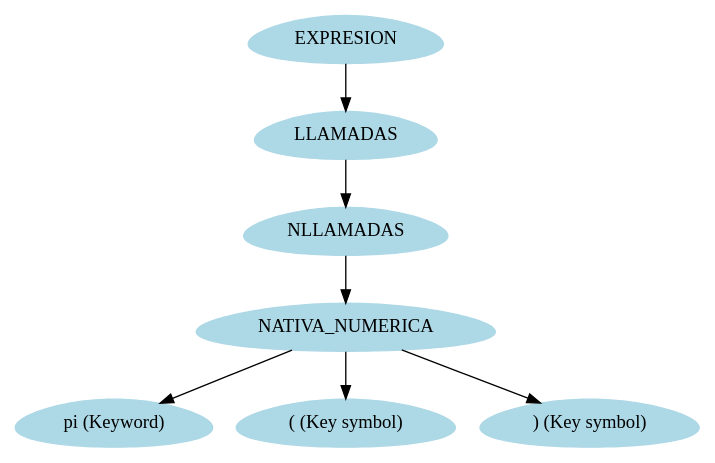
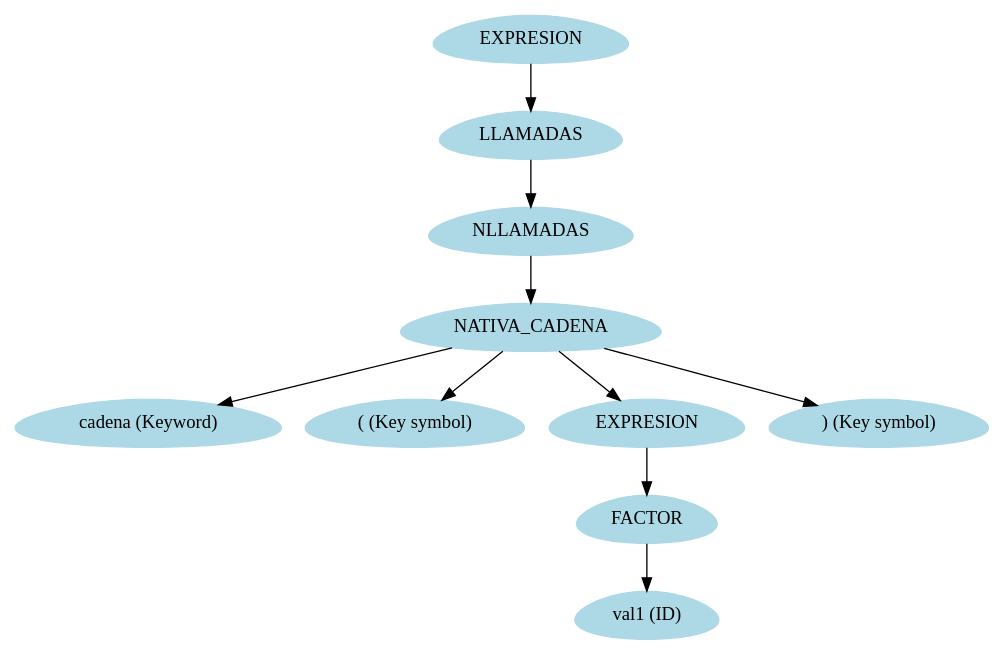
One commit to Losajhonny/CPPOLC2 changed the diagram in [OLC2]Proyecto1/Leng_1x_form/Xform/Xform/bin/Debug/arbolAst.dot. Above: the diagram before and after it, drawn with Graphviz. The commit also changed 13 other files, not shown here.

```diff
--- a/[OLC2]Proyecto1/Leng_1x_form/Xform/Xform/bin/Debug/arbolAst.dot
+++ b/[OLC2]Proyecto1/Leng_1x_form/Xform/Xform/bin/Debug/arbolAst.dot
@@ -1,16 +1,22 @@
 digraph grafo{
 node [shape = egg];
-44150175[label="EXPRESION", style = filled, color = lightblue];
-65326725[label="LLAMADAS", style = filled, color = lightblue];
-44150175->65326725;
-61150033[label="NLLAMADAS", style = filled, color = lightblue];
-65326725->61150033;
-24123405[label="NATIVA_NUMERICA", style = filled, color = lightblue];
-61150033->24123405;
-49535530[label="pi (Keyword)", style = filled, color = lightblue];
-24123405->49535530;
-17690816[label="( (Key symbol)", style = filled, color = lightblue];
-24123405->17690816;
-54234833[label=") (Key symbol)", style = filled, color = lightblue];
-24123405->54234833;
+46459796[label="EXPRESION", style = filled, color = lightblue];
+10316078[label="LLAMADAS", style = filled, color = lightblue];
+46459796->10316078;
+61570335[label="NLLAMADAS", style = filled, color = lightblue];
+10316078->61570335;
+19201658[label="NATIVA_CADENA", style = filled, color = lightblue];
+61570335->19201658;
+58768244[label="cadena (Keyword)", style = filled, color = lightblue];
+19201658->58768244;
+27325289[label="( (Key symbol)", style = filled, color = lightblue];
+19201658->27325289;
+21678481[label="EXPRESION", style = filled, color = lightblue];
+19201658->21678481;
+36007586[label="FACTOR", style = filled, color = lightblue];
+21678481->36007586;
+9728678[label="val1 (ID)", style = filled, color = lightblue];
+36007586->9728678;
+35137340[label=") (Key symbol)", style = filled, color = lightblue];
+19201658->35137340;
 }
```
